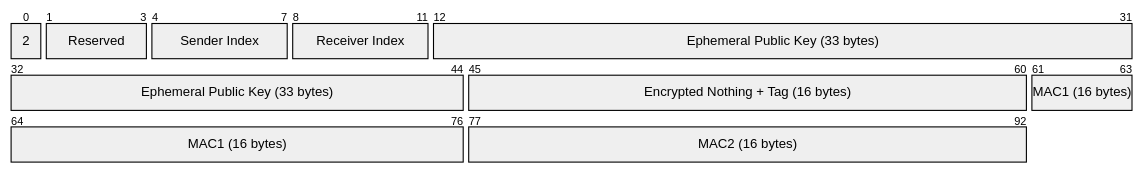
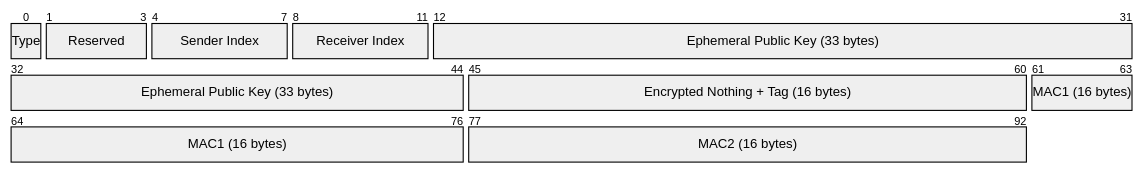
One commit to category-labs/monad-bft changed the second of 8 diagrams in docs/0002_authenticated_udp.md. Above: the diagram before and after it, drawn with Mermaid. The commit also changed other lines of this file, not shown here.

````diff
--- a/docs/0002_authenticated_udp.md
+++ b/docs/0002_authenticated_udp.md
@@ -114,11 +114,11 @@
 ```mermaid
 packet-beta
-0: "2"
+0: "Type"
 1-3: "Reserved"
 4-7: "Sender Index"
 8-11: "Receiver Index"
 12-44: "Ephemeral Public Key (33 bytes)"
 45-60: "Encrypted Nothing + Tag (16 bytes)"
 61-76: "MAC1 (16 bytes)"
 77-92: "MAC2 (16 bytes)"
 ```
````
